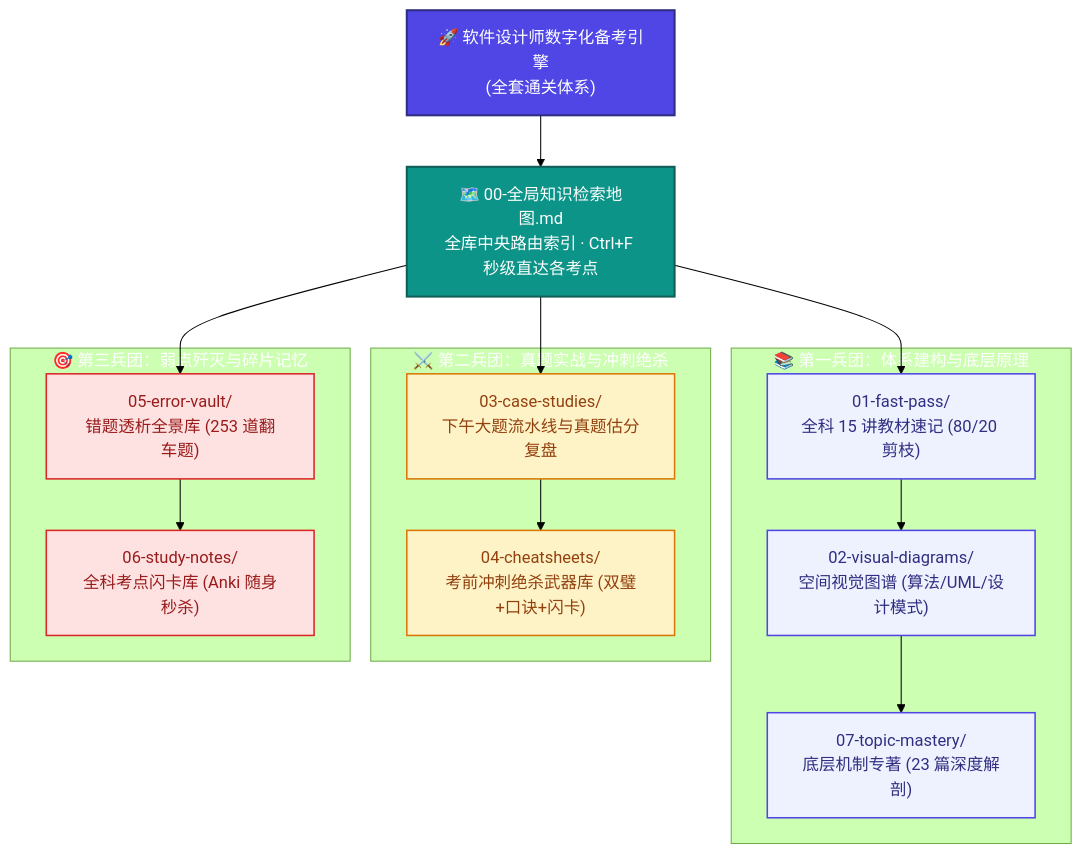
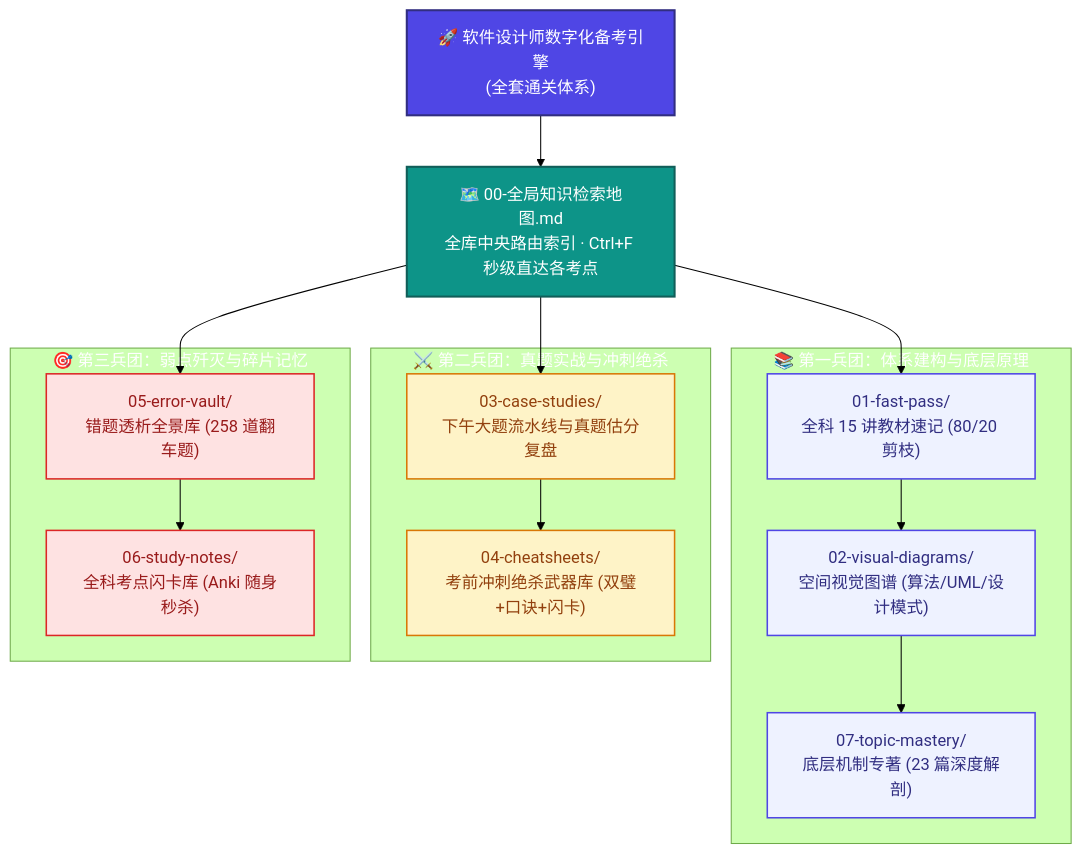
The diagram in README.md (cpsa3/software-designer-fast-pass), drawn with Mermaid (forest theme) before and after one commit. The commit also changed other lines of this file and 2 other files, not shown here.

Commit message:
docs(error-vault): 归档2024年5月机考真题错题254~258(合理使用未发表禁引/串并联可靠度/SQL回收权限REVOKE/FAT文件簇状链式结构/以太网交换机MAC地址管理)

````diff
--- a/README.md
+++ b/README.md
@@ -70,36 +70,36 @@
 ```mermaid
 flowchart TD
     classDef root fill:#4F46E5,stroke:#312E81,stroke-width:2px,color:#fff
     classDef hub fill:#0D9488,stroke:#115E59,stroke-width:2px,color:#fff
     classDef base fill:#EEF2FF,stroke:#4F46E5,stroke-width:1.5px,color:#312E81
     classDef exam fill:#FEF3C7,stroke:#D97706,stroke-width:1.5px,color:#92400E
     classDef vault fill:#FEE2E2,stroke:#DC2626,stroke-width:1.5px,color:#991B1B
 
     Root["🚀 软件设计师数字化备考引擎<br>(全套通关体系)"]:::root
     Map["🗺️ 00-全局知识检索地图.md<br>全库中央路由索引 · Ctrl+F 秒级直达各考点"]:::hub
 
     Root --> Map
 
     subgraph G1["📚 第一兵团：体系建构与底层原理"]
         M1["01-fast-pass/<br>全科 15 讲教材速记 (80/20 剪枝)"]:::base
         M2["02-visual-diagrams/<br>空间视觉图谱 (算法/UML/设计模式)"]:::base
         M7["07-topic-mastery/<br>底层机制专著 (23 篇深度解剖)"]:::base
         M1 --> M2 --> M7
     end
 
     subgraph G2["⚔️ 第二兵团：真题实战与冲刺绝杀"]
         M3["03-case-studies/<br>下午大题流水线与真题估分复盘"]:::exam
         M4["04-cheatsheets/<br>考前冲刺绝杀武器库 (双璧+口诀+闪卡)"]:::exam
         M3 --> M4
     end
 
     subgraph G3["🎯 第三兵团：弱点歼灭与碎片记忆"]
-        M5["05-error-vault/<br>错题透析全景库 (253 道翻车题)"]:::vault
+        M5["05-error-vault/<br>错题透析全景库 (258 道翻车题)"]:::vault
         M6["06-study-notes/<br>全科考点闪卡库 (Anki 随身秒杀)"]:::vault
         M5 --> M6
     end
 
     Map --> M1
     Map --> M3
     Map --> M5
 ```
````
